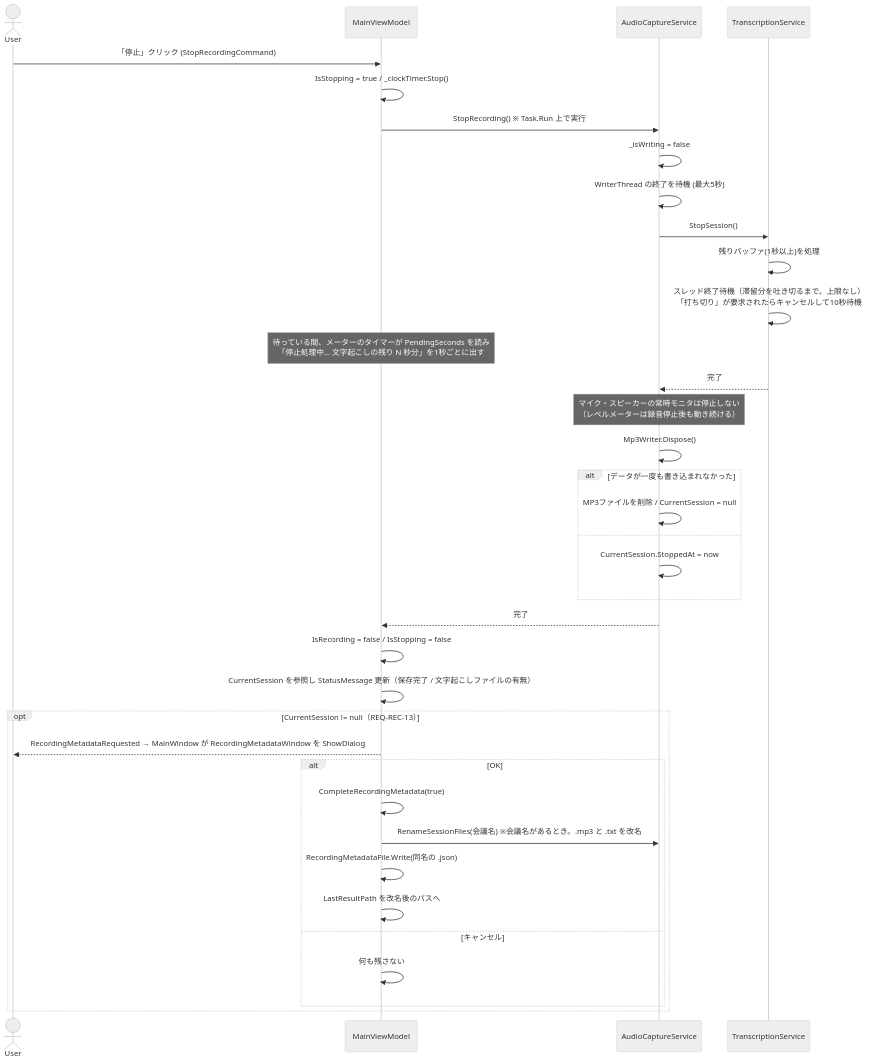
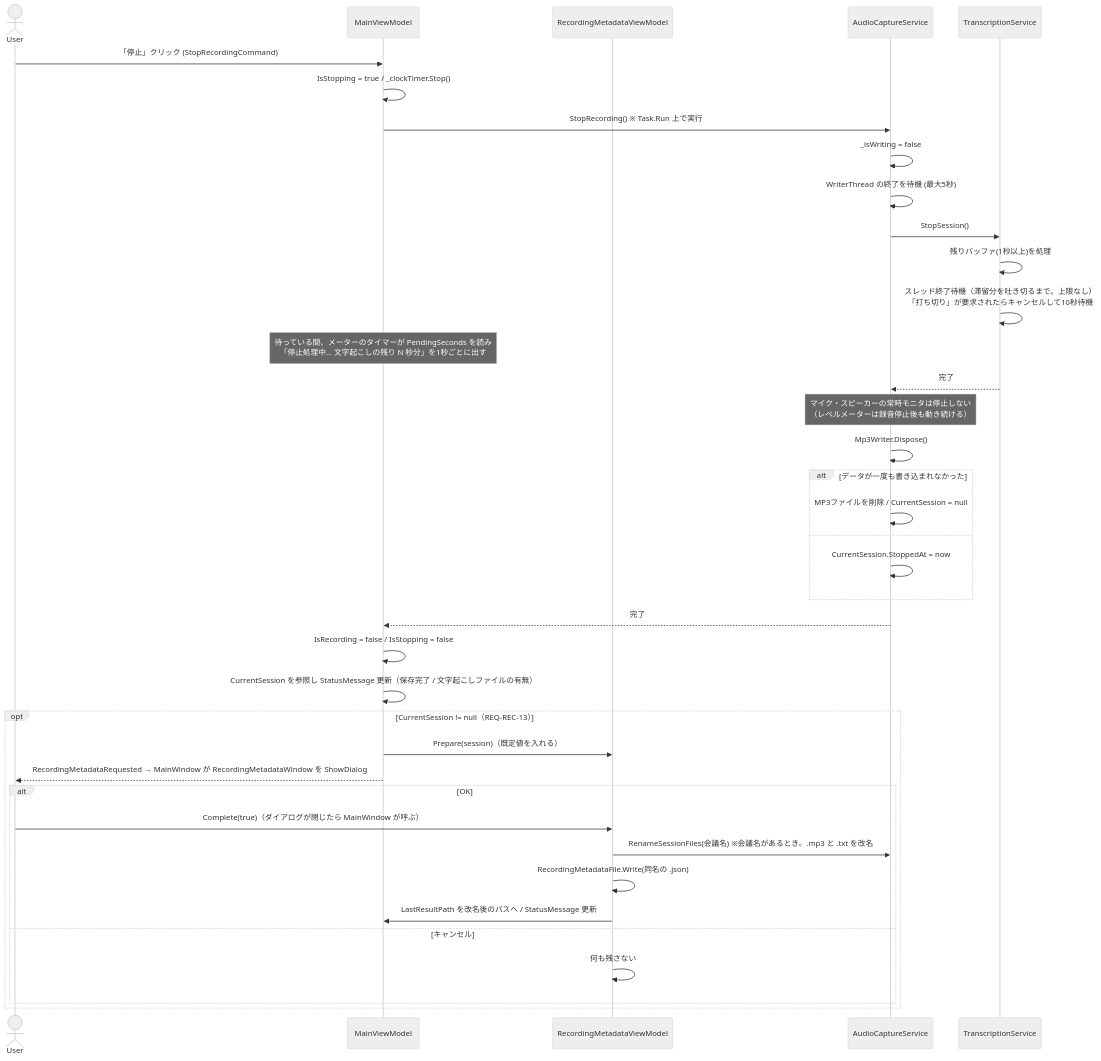
The fourth of 9 diagrams in docs/spec/04_sequence_diagram.md (otomac/audio-capture-app), drawn with Mermaid (neutral theme) before and after one commit. The commit also changed other lines of this file and 36 other files, not shown here.

First line of the commit message:
T170 MainViewModel をウィンドウごとの ViewModel に分ける（ADR-0008）

````diff
--- a/docs/spec/04_sequence_diagram.md
+++ b/docs/spec/04_sequence_diagram.md
@@ -117,43 +121,45 @@
 ```mermaid
 sequenceDiagram
     actor User
     participant VM as MainViewModel
+    participant RMVM as RecordingMetadataViewModel
     participant ACS as AudioCaptureService
     participant TS as TranscriptionService
 
     User->>VM: 「停止」クリック (StopRecordingCommand)
     VM->>VM: IsStopping = true / _clockTimer.Stop()
     VM->>ACS: StopRecording() ※ Task.Run 上で実行
 
     ACS->>ACS: _isWriting = false
     ACS->>ACS: WriterThread の終了を待機 (最大5秒)
     ACS->>TS: StopSession()
     TS->>TS: 残りバッファ(1秒以上)を処理
     TS->>TS: スレッド終了待機（滞留分を吐き切るまで。上限なし）<br/>「打ち切り」が要求されたらキャンセルして10秒待機
     Note over VM: 待っている間、メーターのタイマーが PendingSeconds を読み<br/>「停止処理中... 文字起こしの残り N 秒分」を1秒ごとに出す
     TS-->>ACS: 完了
 
     Note over ACS: マイク・スピーカーの常時モニタは停止しない<br/>（レベルメーターは録音停止後も動き続ける）
     ACS->>ACS: Mp3Writer.Dispose()
     alt データが一度も書き込まれなかった
         ACS->>ACS: MP3ファイルを削除 / CurrentSession = null
     else
         ACS->>ACS: CurrentSession.StoppedAt = now
     end
     ACS-->>VM: 完了
 
     VM->>VM: IsRecording = false / IsStopping = false
     VM->>VM: CurrentSession を参照し StatusMessage 更新（保存完了 / 文字起こしファイルの有無）
 
     opt CurrentSession != null（REQ-REC-13）
+        VM->>RMVM: Prepare(session)（既定値を入れる）
         VM-->>User: RecordingMetadataRequested → MainWindow が RecordingMetadataWindow を ShowDialog
         alt OK
-            VM->>VM: CompleteRecordingMetadata(true)
-            VM->>ACS: RenameSessionFiles(会議名) ※会議名があるとき。.mp3 と .txt を改名
-            VM->>VM: RecordingMetadataFile.Write(同名の .json)
-            VM->>VM: LastResultPath を改名後のパスへ
+            User->>RMVM: Complete(true)（ダイアログが閉じたら MainWindow が呼ぶ）
+            RMVM->>ACS: RenameSessionFiles(会議名) ※会議名があるとき。.mp3 と .txt を改名
+            RMVM->>RMVM: RecordingMetadataFile.Write(同名の .json)
+            RMVM->>VM: LastResultPath を改名後のパスへ / StatusMessage 更新
         else キャンセル
-            VM->>VM: 何も残さない
+            RMVM->>RMVM: 何も残さない
         end
     end
 ```
````
